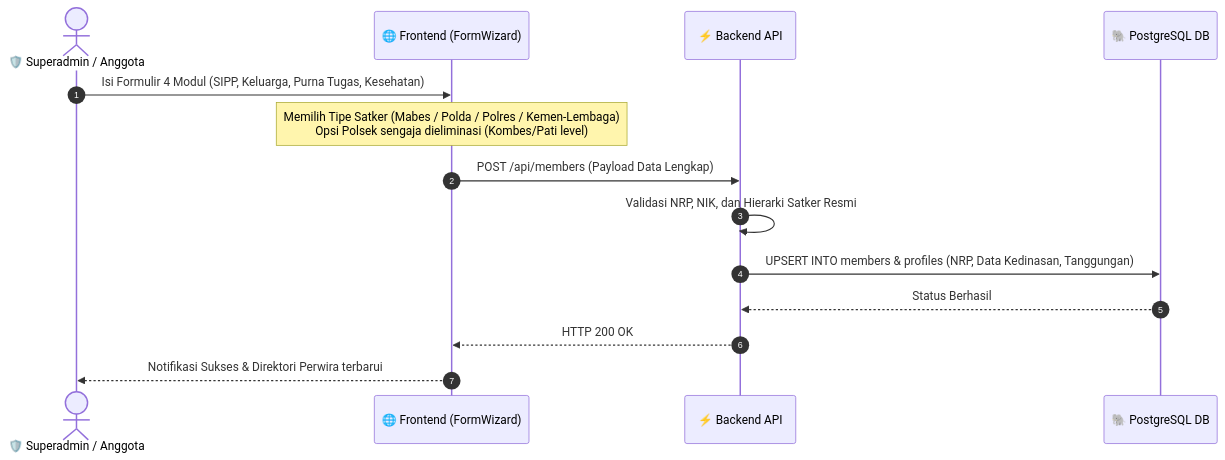
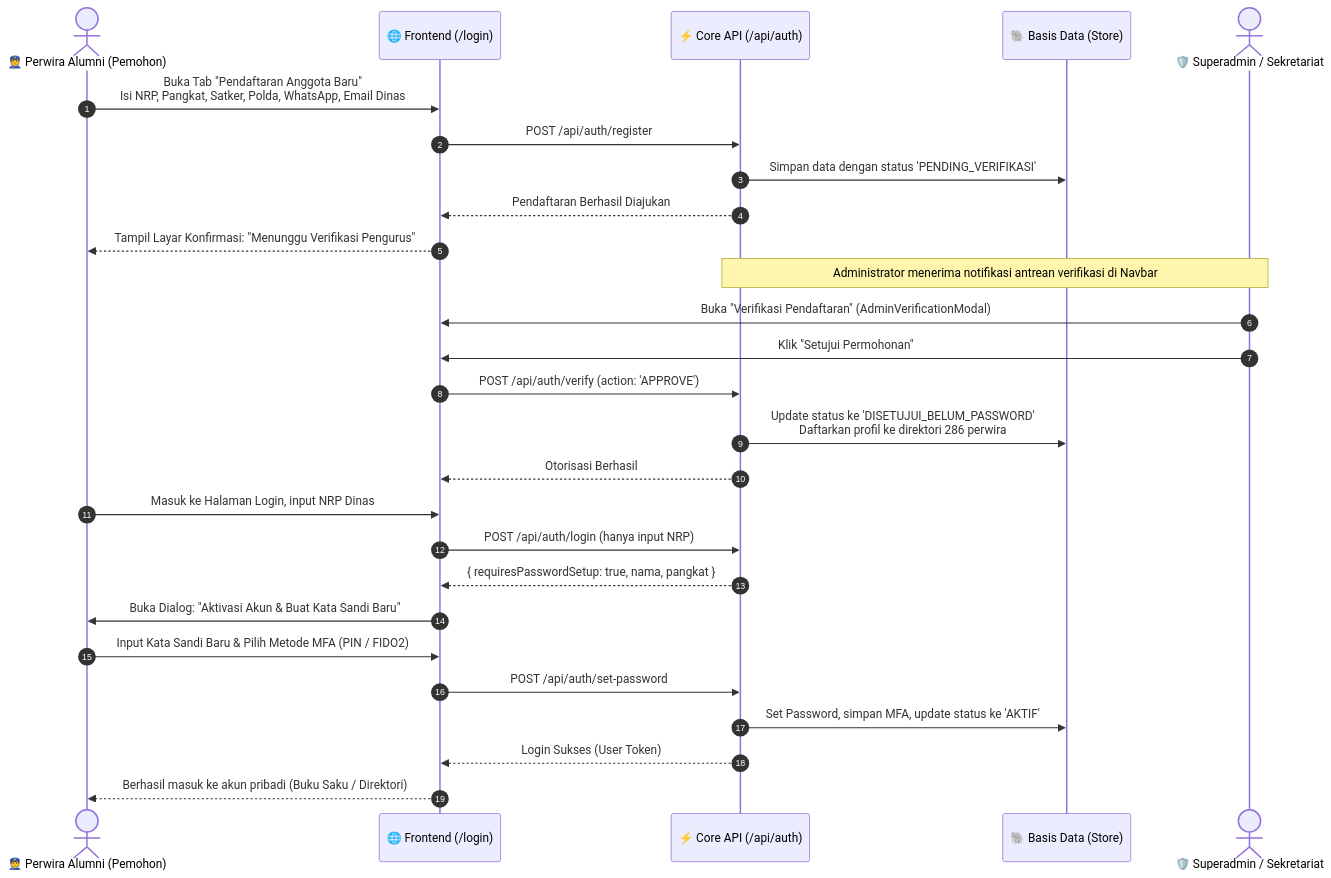
The second of 2 diagrams in ARCHITECTURE.md (omeko11/wirasatya96), drawn with Mermaid before and after one commit. The commit also changed other lines of this file, not shown here.

Commit message:
docs: enrich ARCHITECTURE.md with enterprise patterns from CAS reference adapted for hundreds of thousands data scale

````diff
--- a/ARCHITECTURE.md
+++ b/ARCHITECTURE.md
@@ -120,17 +119,32 @@
 ```mermaid
 sequenceDiagram
     autonumber
-    actor Admin as 🛡️ Superadmin / Anggota
-    participant FE as 🌐 Frontend (FormWizard)
-    participant BE as ⚡ Backend API
-    participant DB as 🐘 PostgreSQL DB
+    actor Officer as 👮 Perwira Alumni (Pemohon)
+    participant FE as 🌐 Frontend (/login)
+    participant API as ⚡ Core API (/api/auth)
+    participant DB as 🐘 Basis Data (Store)
+    actor Admin as 🛡️ Superadmin / Sekretariat
 
-    Admin->>FE: Isi Formulir 4 Modul (SIPP, Keluarga, Purna Tugas, Kesehatan)
-    Note over FE: Memilih Tipe Satker (Mabes / Polda / Polres / Kemen-Lembaga)<br/>Opsi Polsek sengaja dieliminasi (Kombes/Pati level)
-    FE->>BE: POST /api/members (Payload Data Lengkap)
-    BE->>BE: Validasi NRP, NIK, dan Hierarki Satker Resmi
-    BE->>DB: UPSERT INTO members & profiles (NRP, Data Kedinasan, Tanggungan)
-    DB-->>BE: Status Berhasil
-    BE-->>FE: HTTP 200 OK
-    FE-->>Admin: Notifikasi Sukses & Direktori Perwira terbarui
+    Officer->>FE: Buka Tab "Pendaftaran Anggota Baru"<br/>Isi NRP, Pangkat, Satker, Polda, WhatsApp, Email Dinas
+    FE->>API: POST /api/auth/register
+    API->>DB: Simpan data dengan status 'PENDING_VERIFIKASI'
+    API-->>FE: Pendaftaran Berhasil Diajukan
+    FE-->>Officer: Tampil Layar Konfirmasi: "Menunggu Verifikasi Pengurus"
+
+    Note over Admin,API: Administrator menerima notifikasi antrean verifikasi di Navbar
+    Admin->>FE: Buka "Verifikasi Pendaftaran" (AdminVerificationModal)
+    Admin->>FE: Klik "Setujui Permohonan"
+    FE->>API: POST /api/auth/verify (action: 'APPROVE')
+    API->>DB: Update status ke 'DISETUJUI_BELUM_PASSWORD'<br/>Daftarkan profil ke direktori 286 perwira
+    API-->>FE: Otorisasi Berhasil
+
+    Officer->>FE: Masuk ke Halaman Login, input NRP Dinas
+    FE->>API: POST /api/auth/login (hanya input NRP)
+    API-->>FE: { requiresPasswordSetup: true, nama, pangkat }
+    FE->>Officer: Buka Dialog: "Aktivasi Akun & Buat Kata Sandi Baru"
+    Officer->>FE: Input Kata Sandi Baru & Pilih Metode MFA (PIN / FIDO2)
+    FE->>API: POST /api/auth/set-password
+    API->>DB: Set Password, simpan MFA, update status ke 'AKTIF'
+    API-->>FE: Login Sukses (User Token)
+    FE-->>Officer: Berhasil masuk ke akun pribadi (Buku Saku / Direktori)
 ```
````
